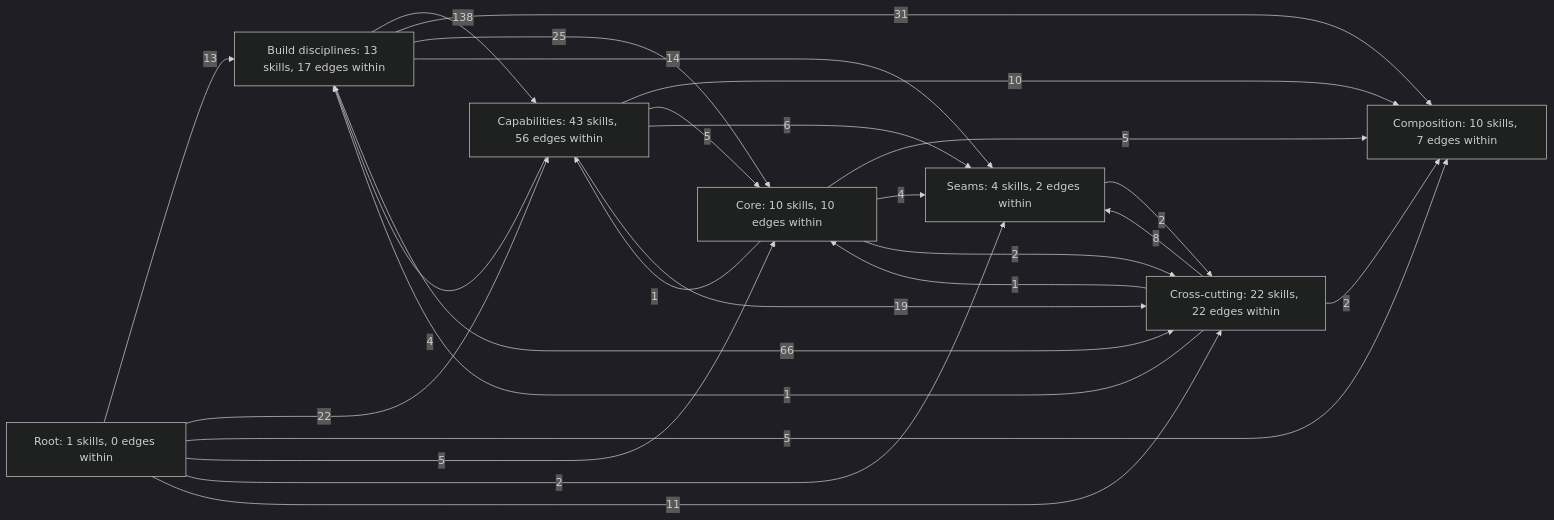
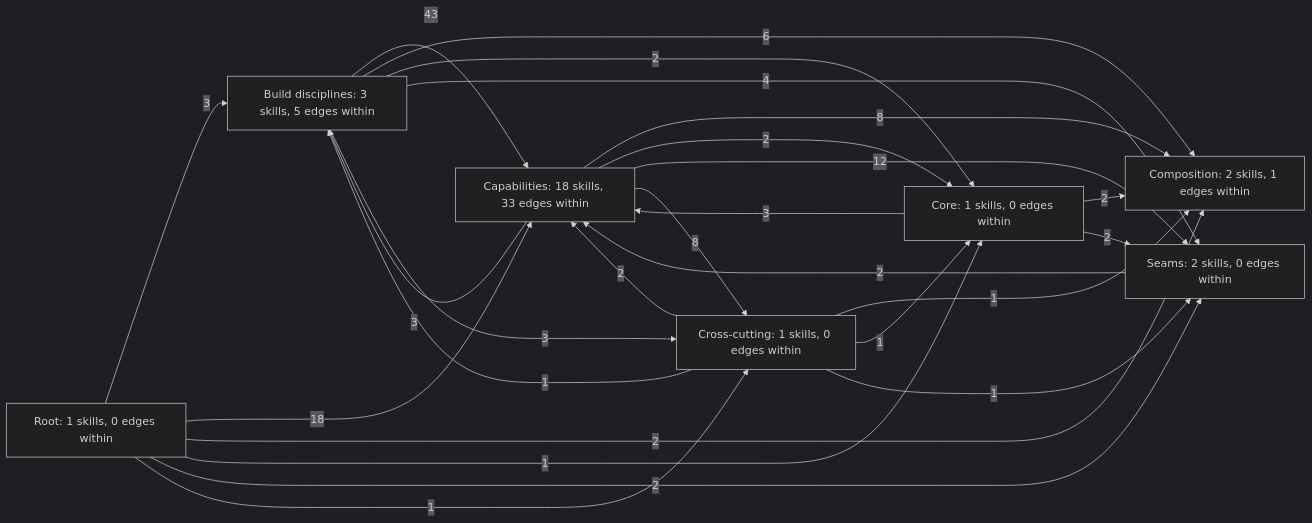
The first of 10 diagrams in docs/skill-graph.md (Dadlorian/AGENT), drawn with Mermaid (dark theme) before and after one commit. The commit also changed other lines of this file and 406 other files, not shown here.

````diff
--- a/docs/skill-graph.md
+++ b/docs/skill-graph.md
@@ -13,35 +13,35 @@
 ```mermaid
 graph LR
     root_["Root: 1 skills, 0 edges within"]
-    core_["Core: 10 skills, 10 edges within"]
-    cap_["Capabilities: 43 skills, 56 edges within"]
-    xc_["Cross-cutting: 22 skills, 22 edges within"]
-    seam_["Seams: 4 skills, 2 edges within"]
-    compose_["Composition: 10 skills, 7 edges within"]
-    build_["Build disciplines: 13 skills, 17 edges within"]
-    build_ -->|138| cap_
-    build_ -->|31| compose_
-    build_ -->|25| core_
-    build_ -->|14| seam_
-    build_ -->|66| xc_
-    cap_ -->|4| build_
-    cap_ -->|10| compose_
-    cap_ -->|5| core_
-    cap_ -->|6| seam_
-    cap_ -->|19| xc_
-    core_ -->|1| cap_
-    core_ -->|5| compose_
-    core_ -->|4| seam_
-    core_ -->|2| xc_
-    root_ -->|13| build_
-    root_ -->|22| cap_
-    root_ -->|5| compose_
-    root_ -->|5| core_
+    core_["Core: 1 skills, 0 edges within"]
+    cap_["Capabilities: 18 skills, 33 edges within"]
+    xc_["Cross-cutting: 1 skills, 0 edges within"]
+    seam_["Seams: 2 skills, 0 edges within"]
+    compose_["Composition: 2 skills, 1 edges within"]
+    build_["Build disciplines: 3 skills, 5 edges within"]
+    build_ -->|43| cap_
+    build_ -->|6| compose_
+    build_ -->|2| core_
+    build_ -->|4| seam_
+    build_ -->|3| xc_
+    cap_ -->|3| build_
+    cap_ -->|8| compose_
+    cap_ -->|2| core_
+    cap_ -->|12| seam_
+    cap_ -->|8| xc_
+    core_ -->|3| cap_
+    core_ -->|2| compose_
+    core_ -->|2| seam_
+    root_ -->|3| build_
+    root_ -->|18| cap_
+    root_ -->|2| compose_
+    root_ -->|1| core_
     root_ -->|2| seam_
-    root_ -->|11| xc_
-    seam_ -->|2| xc_
+    root_ -->|1| xc_
+    seam_ -->|2| cap_
     xc_ -->|1| build_
-    xc_ -->|2| compose_
+    xc_ -->|2| cap_
+    xc_ -->|1| compose_
     xc_ -->|1| core_
-    xc_ -->|8| seam_
+    xc_ -->|1| seam_
 ```
````
